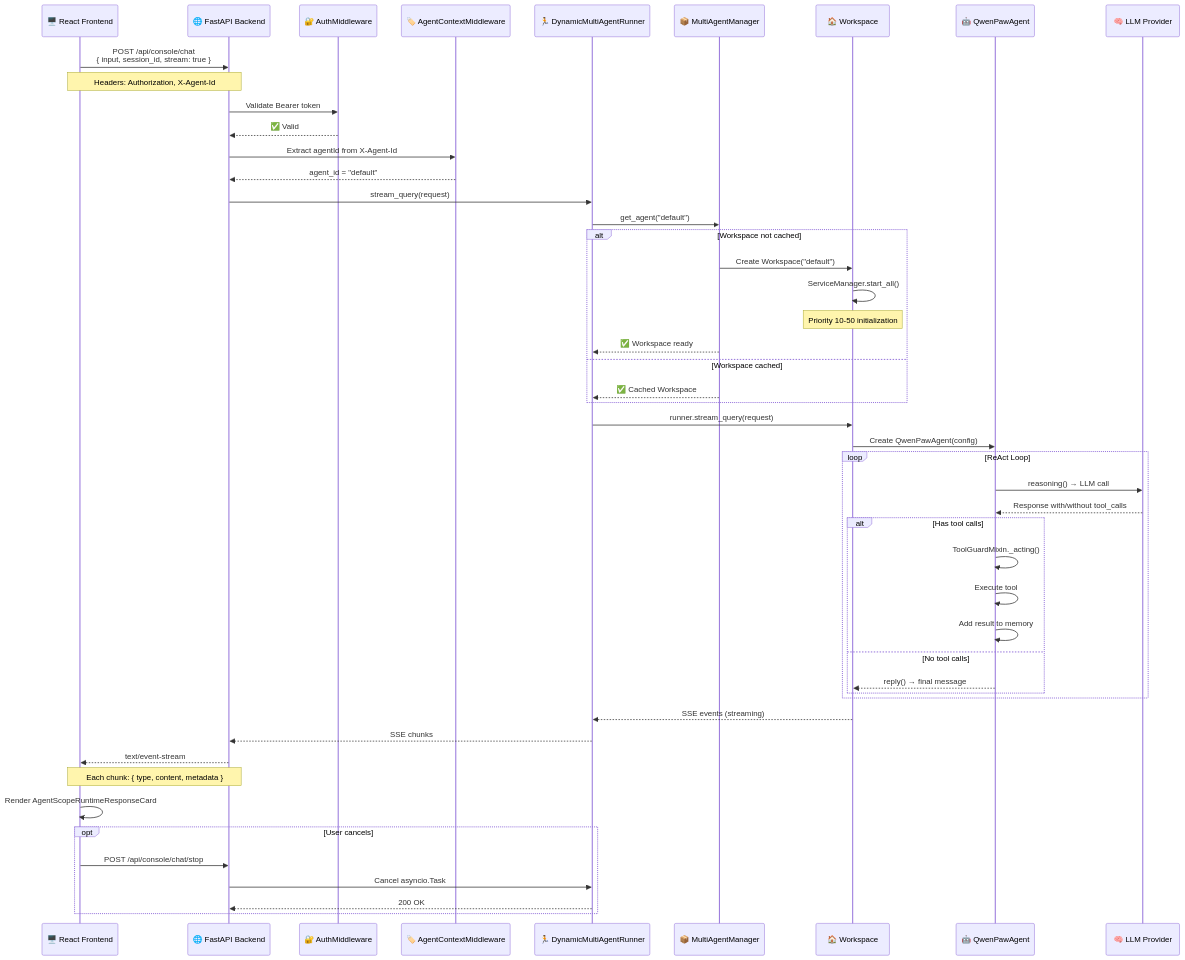
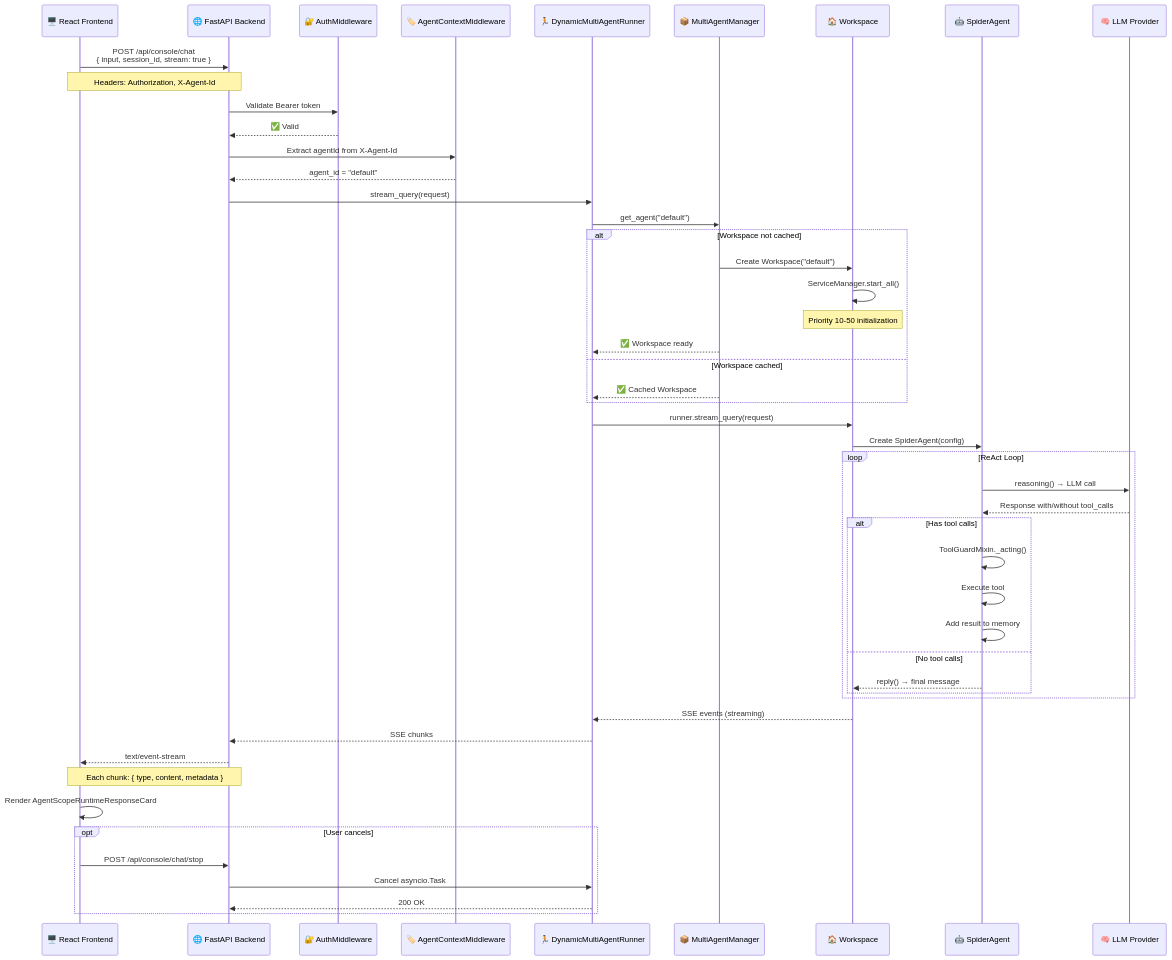
One commit to phamdinhdat-ai/SpiderAgents changed the sixth of 9 diagrams in docs/15-agent-flows.md. Above: the diagram before and after it, drawn with Mermaid. The commit also changed other lines of this file and 37 other files, not shown here.

````diff
--- a/docs/15-agent-flows.md
+++ b/docs/15-agent-flows.md
@@ -249,62 +249,62 @@
 ```mermaid
 sequenceDiagram
     participant UI as 🖥️ React Frontend
     participant API as 🌐 FastAPI Backend
     participant AUTH as 🔐 AuthMiddleware
     participant CTX as 🏷️ AgentContextMiddleware
     participant RUNNER as 🏃 DynamicMultiAgentRunner
     participant MAM as 📦 MultiAgentManager
     participant WS as 🏠 Workspace
-    participant AGENT as 🤖 QwenPawAgent
+    participant AGENT as 🤖 SpiderAgent
     participant LLM as 🧠 LLM Provider
 
     UI->>API: POST /api/console/chat<br/>{ input, session_id, stream: true }
     Note over UI,API: Headers: Authorization, X-Agent-Id
     
     API->>AUTH: Validate Bearer token
     AUTH-->>API: ✅ Valid
     API->>CTX: Extract agentId from X-Agent-Id
     CTX-->>API: agent_id = "default"
     
     API->>RUNNER: stream_query(request)
     RUNNER->>MAM: get_agent("default")
     
     alt Workspace not cached
         MAM->>WS: Create Workspace("default")
         WS->>WS: ServiceManager.start_all()
         Note over WS: Priority 10-50 initialization
         MAM-->>RUNNER: ✅ Workspace ready
     else Workspace cached
         MAM-->>RUNNER: ✅ Cached Workspace
     end
     
     RUNNER->>WS: runner.stream_query(request)
-    WS->>AGENT: Create QwenPawAgent(config)
+    WS->>AGENT: Create SpiderAgent(config)
     
     loop ReAct Loop
         AGENT->>LLM: reasoning() → LLM call
         LLM-->>AGENT: Response with/without tool_calls
         
         alt Has tool calls
             AGENT->>AGENT: ToolGuardMixin._acting()
             AGENT->>AGENT: Execute tool
             AGENT->>AGENT: Add result to memory
         else No tool calls
             AGENT-->>WS: reply() → final message
         end
     end
     
     WS-->>RUNNER: SSE events (streaming)
     RUNNER-->>API: SSE chunks
     API-->>UI: text/event-stream
     
     Note over UI,API: Each chunk: { type, content, metadata }
     
     UI->>UI: Render AgentScopeRuntimeResponseCard
     
     opt User cancels
         UI->>API: POST /api/console/chat/stop
         API->>RUNNER: Cancel asyncio.Task
         RUNNER-->>API: 200 OK
     end
 ```
````
